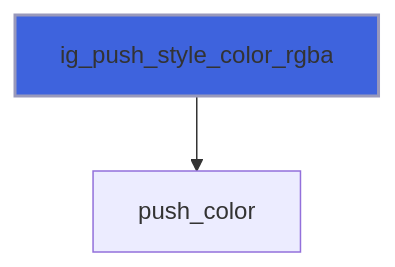
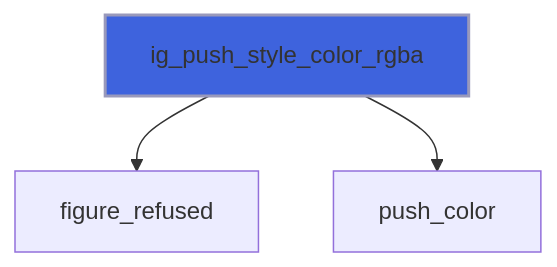
The seventh of 44 diagrams in docs/api/src/lib/figure_style.md (szaghi/figure), drawn with Mermaid before and after one commit. The commit also changed other lines of this file and 10 other files, not shown here.

````diff
--- a/docs/api/src/lib/figure_style.md
+++ b/docs/api/src/lib/figure_style.md
@@ -312,5 +319,6 @@
 ```mermaid
 flowchart TD
+  ig_push_style_color_rgba["ig_push_style_color_rgba"] --> figure_refused["figure_refused"]
   ig_push_style_color_rgba["ig_push_style_color_rgba"] --> push_color["push_color"]
   style ig_push_style_color_rgba fill:#3e63dd,stroke:#99b,stroke-width:2px
 ```
````
